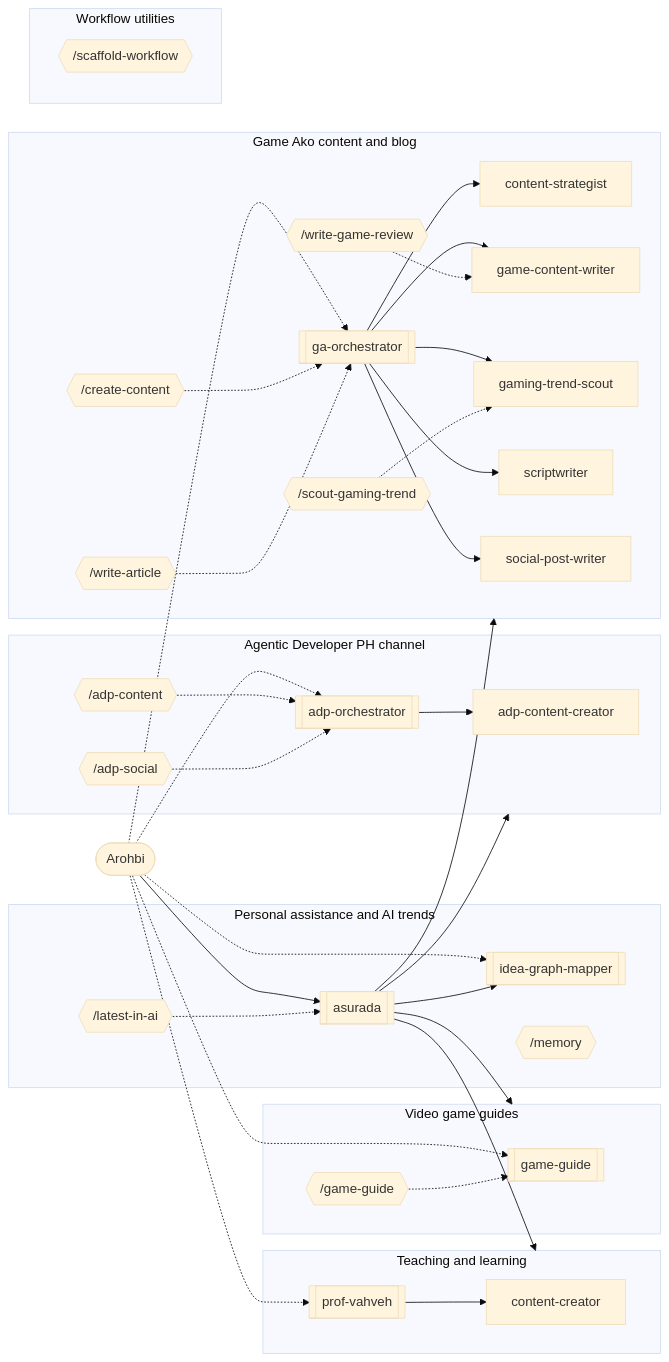
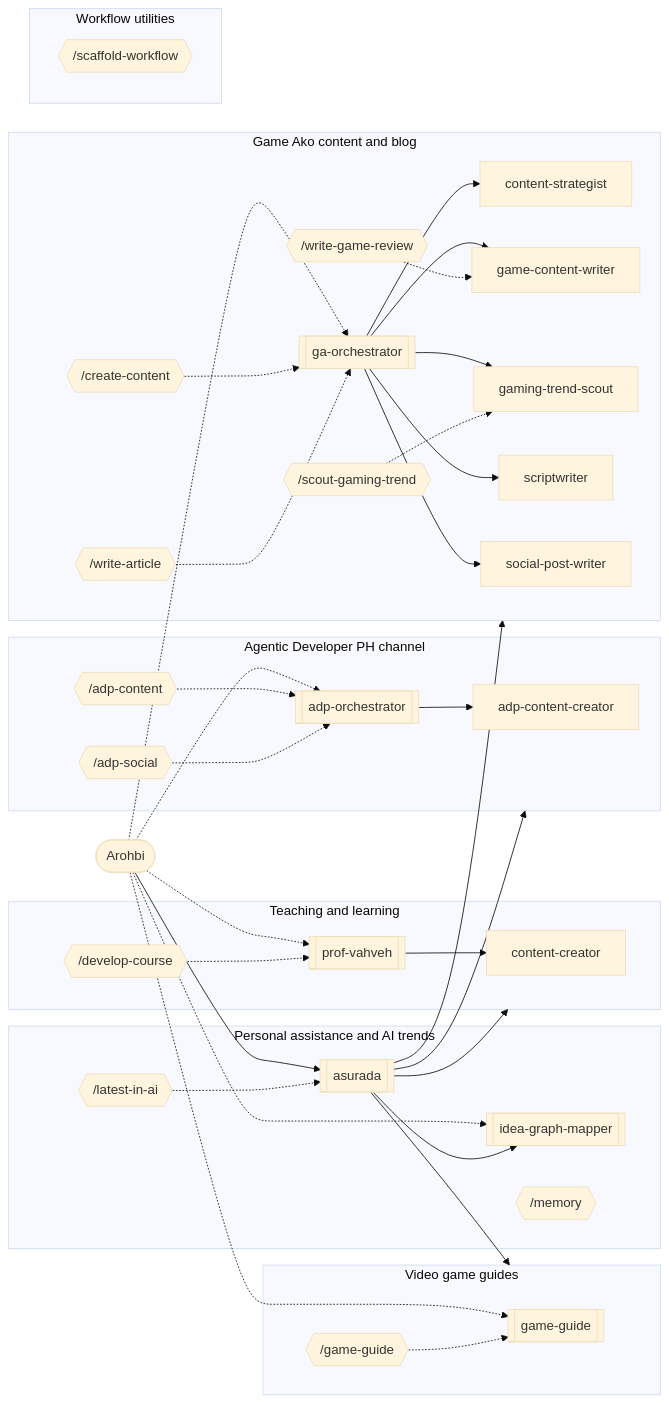
One commit to Game-Ako-Production/Personal-Agentic-Workflow changed the diagram in README.md. Above: the diagram before and after it, drawn with Mermaid (base theme). The commit also changed 21 other files, not shown here.

````diff
--- a/README.md
+++ b/README.md
@@ -22,65 +22,67 @@
 ```mermaid
 flowchart LR
   user([Arohbi])
   subgraph domain_personal["Personal assistance and AI trends"]
     asurada[[asurada]]
     idea_graph_mapper[[idea-graph-mapper]]
     cmd_latest_in_ai{{"/latest-in-ai"}}
     cmd_memory{{"/memory"}}
   end
   subgraph domain_teaching["Teaching and learning"]
     content_creator[content-creator]
     prof_vahveh[[prof-vahveh]]
+    cmd_develop_course{{"/develop-course"}}
   end
   subgraph domain_agentic_developer_ph["Agentic Developer PH channel"]
     adp_content_creator[adp-content-creator]
     adp_orchestrator[[adp-orchestrator]]
     cmd_adp_content{{"/adp-content"}}
     cmd_adp_social{{"/adp-social"}}
   end
   subgraph domain_game_guide["Video game guides"]
     game_guide[[game-guide]]
     cmd_game_guide{{"/game-guide"}}
   end
   subgraph domain_game_ako["Game Ako content and blog"]
     content_strategist[content-strategist]
     ga_orchestrator[[ga-orchestrator]]
     game_content_writer[game-content-writer]
     gaming_trend_scout[gaming-trend-scout]
     scriptwriter[scriptwriter]
     social_post_writer[social-post-writer]
     cmd_create_content{{"/create-content"}}
     cmd_scout_gaming_trend{{"/scout-gaming-trend"}}
     cmd_write_article{{"/write-article"}}
     cmd_write_game_review{{"/write-game-review"}}
   end
   subgraph domain_utility["Workflow utilities"]
     cmd_scaffold_workflow{{"/scaffold-workflow"}}
   end
   user --> asurada
   user -.-> adp_orchestrator
   user -.-> ga_orchestrator
   user -.-> game_guide
   user -.-> idea_graph_mapper
   user -.-> prof_vahveh
   adp_orchestrator --> adp_content_creator
   asurada --> idea_graph_mapper
   asurada --> domain_teaching
   asurada --> domain_agentic_developer_ph
   asurada --> domain_game_guide
   asurada --> domain_game_ako
   ga_orchestrator --> content_strategist
   ga_orchestrator --> scriptwriter
   ga_orchestrator --> social_post_writer
   ga_orchestrator --> game_content_writer
   ga_orchestrator --> gaming_trend_scout
   prof_vahveh --> content_creator
   cmd_adp_content -.-> adp_orchestrator
   cmd_adp_social -.-> adp_orchestrator
   cmd_create_content -.-> ga_orchestrator
+  cmd_develop_course -.-> prof_vahveh
   cmd_game_guide -.-> game_guide
   cmd_latest_in_ai -.-> asurada
   cmd_scout_gaming_trend -.-> gaming_trend_scout
   cmd_write_article -.-> ga_orchestrator
   cmd_write_game_review -.-> game_content_writer
 ```
````
